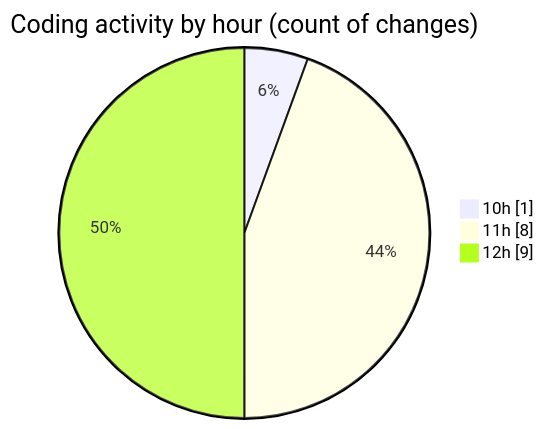
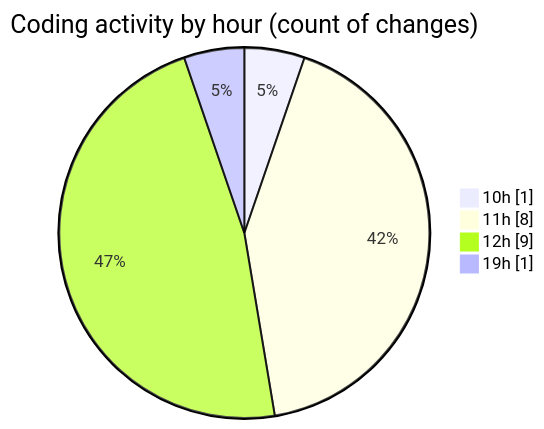
Before and after one commit to momahboobian/code-tracking: the second of 2 diagrams in 2026-02-16/cda/README.md, drawn with Mermaid. The commit also changed other lines of this file and 1 other file, not shown here.

````diff
--- a/2026-02-16/cda/README.md
+++ b/2026-02-16/cda/README.md
@@ -34,7 +35,8 @@
 ```mermaid
 pie showData
 title Coding activity by hour (count of changes)
 "10h" : 1
 "11h" : 8
 "12h" : 9
+"19h" : 1
 ```
````
